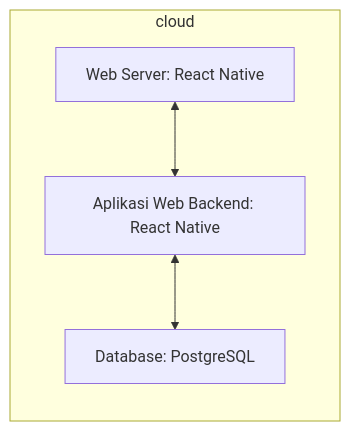
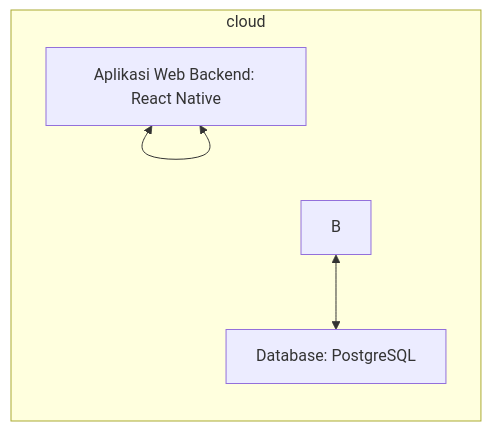
The second of 2 diagrams in review.md (Nightroom/Memoryasmaulhusna.github.io), drawn with Mermaid before and after one commit.

````diff
--- a/review.md
+++ b/review.md
@@ -62,7 +62,7 @@
 ```mermaid
 flowchart BT 
   subgraph cloud
-    B[Web Server: React Native ] <--> C[Aplikasi Web Backend: React Native] 
-    C <--> D[Database: PostgreSQL] 
+    C[Web Server: React Native ] <--> C[Aplikasi Web Backend: React Native] 
+    B <--> D[Database: PostgreSQL] 
   end
 ```
````
